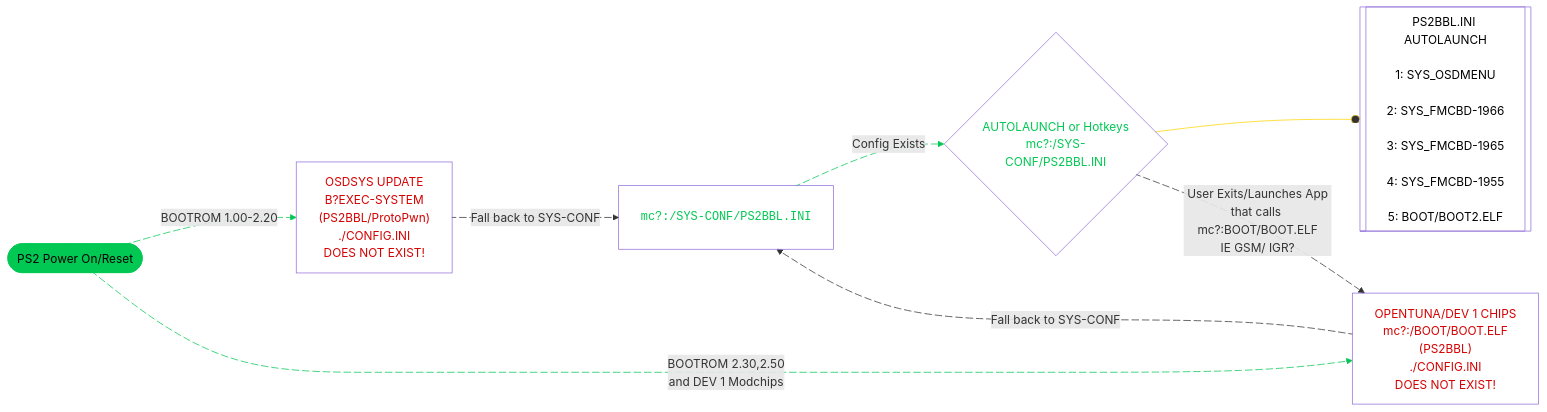
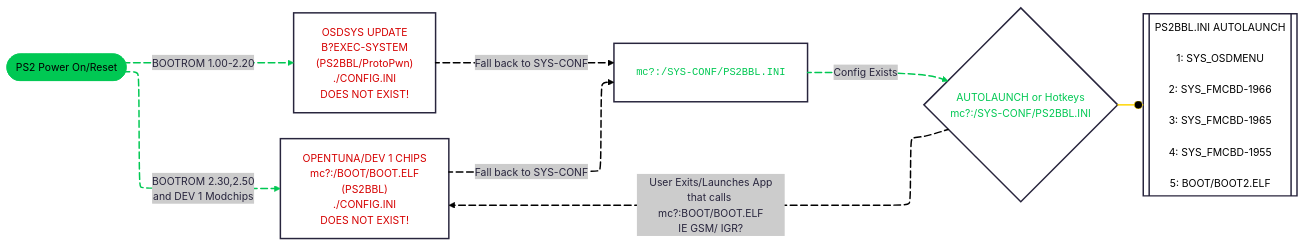
One commit to playerjmr/ps2homebrewstore changed the diagram in docs/umcs/index.md. Above: the diagram before and after it, drawn with Mermaid.

````diff
--- a/docs/umcs/index.md
+++ b/docs/umcs/index.md
@@ -74,34 +74,40 @@
 ```mermaid
+---
+config:
+  theme: redux
+  layout: elk
+  look: classic
+---
 graph LR
     A(["PS2 Power On/Reset"]) L_A_B_0@-- "BOOTROM 1.00-2.20" --> B["OSDSYS UPDATE<br>B?EXEC-SYSTEM<br>(PS2BBL/ProtoPwn)<br>./CONFIG.INI <br>DOES NOT EXIST!"]
     A L_A_n1_0@-- "BOOTROM 2.30,2.50<br>and DEV 1 Modchips" --> n1["OPENTUNA/DEV 1 CHIPS<br>mc?:/BOOT/BOOT.ELF<br>(PS2BBL)<br>./CONFIG.INI <br>DOES NOT EXIST!"]
     n5@{ label: "<pre style=\"font-family:\"><code style=\"font-family:\">mc?:/SYS-CONF/PS2BBL.INI</code></pre>" } -- Config Exists --> n6["AUTOLAUNCH or Hotkeys<br>mc?:/SYS-CONF/PS2BBL.INI"]
     B L_B_n5_0@-- "Fall back to SYS-CONF" --> n5
     n1 L_n1_n5_0@-- "Fall back to SYS-CONF" --> n5
     n6 --o n10@{ label: "PS2BBL.INI AUTOLAUNCH<br style=\"--tw-scale-x:\"><br style=\"--tw-scale-x:\">1: SYS_OSDMENU<br style=\"--tw-scale-x:\"><br style=\"--tw-scale-x:\">2: SYS_FMCBD-1966<br style=\"--tw-scale-x:\"><br style=\"--tw-scale-x:\">3: SYS_FMCBD-1965<br style=\"--tw-scale-x:\"><br style=\"--tw-scale-x:\">4: SYS_FMCBD-1955<br style=\"--tw-scale-x:\"><br style=\"--tw-scale-x:\">5: BOOT/BOOT2.ELF" }
     n6 L_n6_n1_0@-- "User Exits/Launches App<br>that calls mc?:BOOT/BOOT.ELF<br>IE GSM/ IGR?" --> n1
     B@{ shape: rect}
     n1@{ shape: rect}
     n5@{ shape: proc}
     n6@{ shape: diam}
     n10@{ shape: subproc}
      A:::Ash
     classDef Ash stroke-width:1px, stroke-dasharray:none, stroke:#999999, fill:#EEEEEE, color:#000000
     style A stroke:#00C853,fill:#00C853,color:none
     style B color:#D50000,fill:transparent
     style n1 color:#D50000,fill:transparent
     style n5 fill:transparent,color:#00C853
     style n6 fill:transparent,color:#00C853
     style n10 fill:transparent,color:#000000
     linkStyle 0 stroke:#00C853,fill:none
     linkStyle 1 stroke:#00C853,fill:none
     linkStyle 2 stroke:#00C853,fill:none
     linkStyle 5 stroke:#FFD600,fill:none
     L_A_B_0@{ animation: slow } 
     L_A_n1_0@{ animation: slow } 
     L_B_n5_0@{ animation: slow } 
     L_n1_n5_0@{ animation: slow } 
     L_n6_n1_0@{ animation: slow }
     L_n5_n6_0@{ animation: slow }
 
 ```
````
